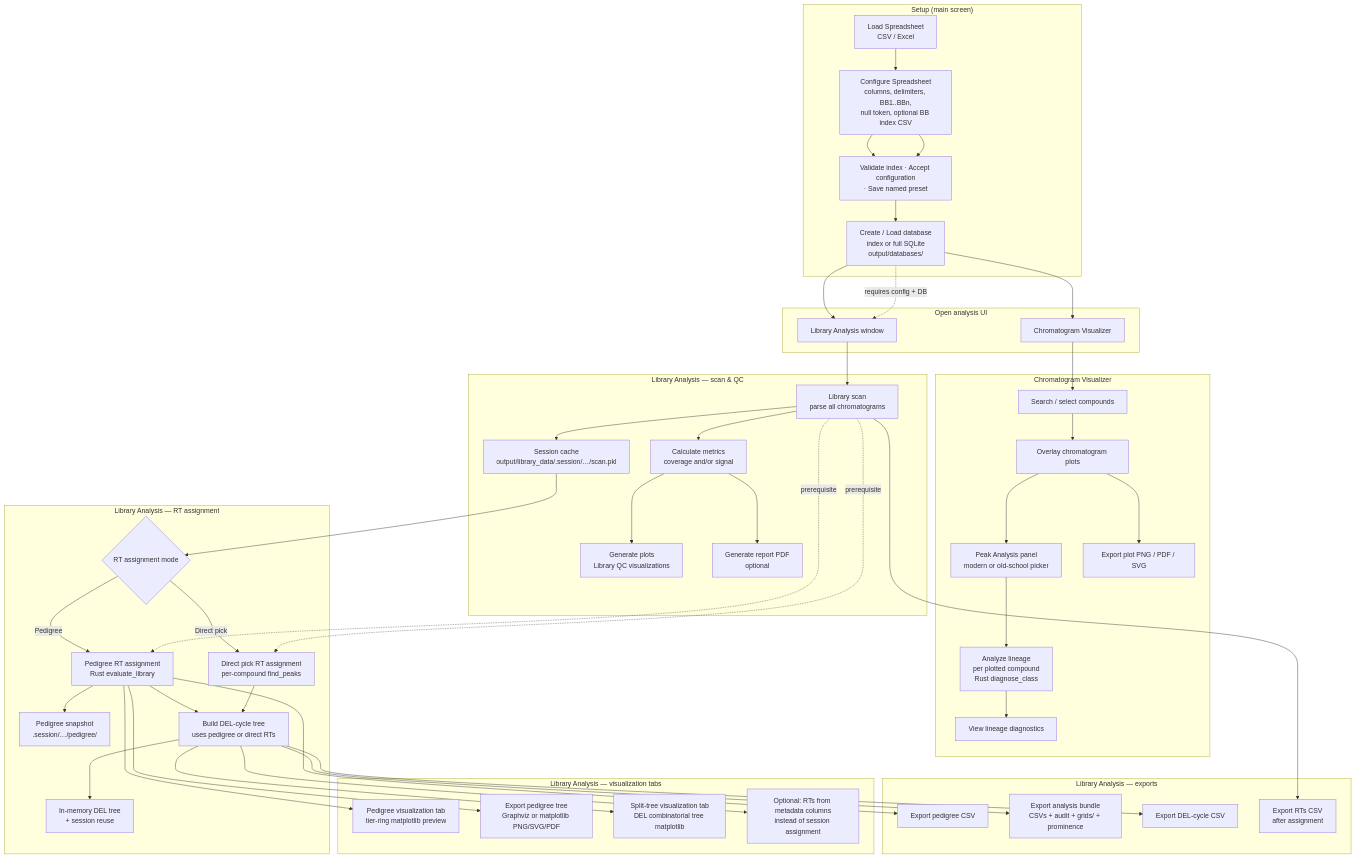
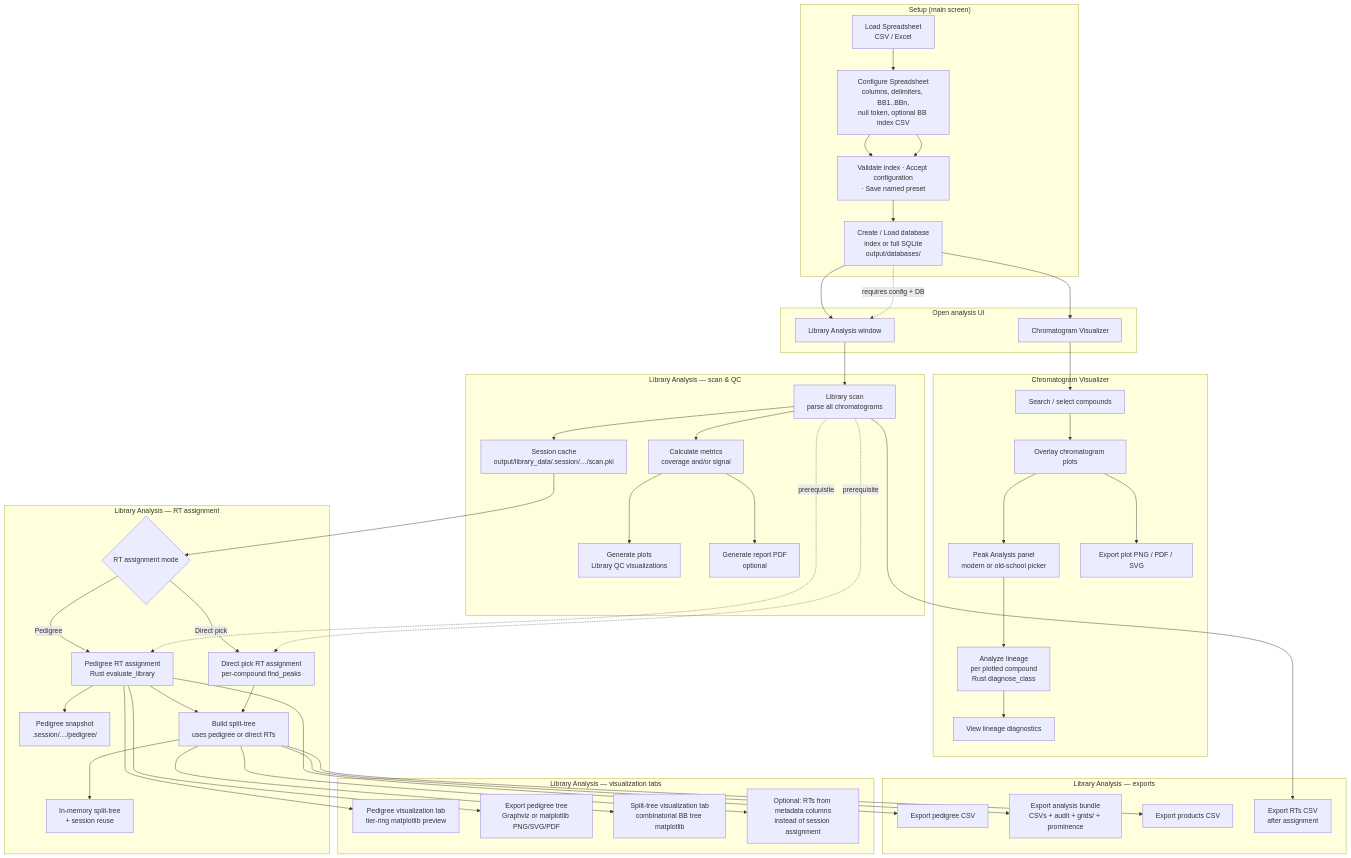
One commit to brodohfasho/LC-Seq changed the first of 3 diagrams in docs/APPLICATION_WORKFLOW.md. Above: the diagram before and after it, drawn with Mermaid. The commit also changed other lines of this file and 64 other files, not shown here.

````diff
--- a/docs/APPLICATION_WORKFLOW.md
+++ b/docs/APPLICATION_WORKFLOW.md
@@ -21,62 +23,62 @@
 ```mermaid
 flowchart TB
   subgraph setup ["Setup (main screen)"]
     LS["Load Spreadsheet<br>CSV / Excel"]
     CS["Configure Spreadsheet<br>columns, delimiters, BB1..BBn,<br>null token, optional BB index CSV"]
     CS --> CSaccept["Validate index · Accept configuration<br>· Save named preset"]
     DB["Create / Load database<br>index or full SQLite<br>output/databases/"]
     LS --> CS
     CS --> CSaccept
     CSaccept --> DB
   end
 
   subgraph entry ["Open analysis UI"]
     DB --> VIZ["Chromatogram Visualizer"]
     DB --> LIB["Library Analysis window"]
   end
 
   subgraph viz ["Chromatogram Visualizer"]
     VIZ --> Vsearch["Search / select compounds"]
     Vsearch --> Vplot["Overlay chromatogram plots"]
     Vplot --> Vpeak["Peak Analysis panel<br>modern or old-school picker"]
     Vpeak --> Vlineage["Analyze lineage<br>per plotted compound<br>Rust diagnose_class"]
     Vlineage --> Vlineview["View lineage diagnostics"]
     Vplot --> Vexport["Export plot PNG / PDF / SVG"]
   end
 
   subgraph libscan ["Library Analysis — scan & QC"]
     LIB --> SCAN["Library scan<br>parse all chromatograms"]
     SCAN --> SCANcache["Session cache<br>output/library_data/.session/…/scan.pkl"]
     SCAN --> MET["Calculate metrics<br>coverage and/or signal"]
     MET --> PLOTS["Generate plots<br>Library QC visualizations"]
     MET --> RPT["Generate report PDF<br>optional"]
   end
 
   subgraph rt ["Library Analysis — RT assignment"]
     SCANcache --> RTmode{"RT assignment mode"}
     RTmode -->|Pedigree| PEDRUN["Pedigree RT assignment<br>Rust evaluate_library"]
     RTmode -->|Direct pick| DIRRUN["Direct pick RT assignment<br>per-compound find_peaks"]
     PEDRUN --> PEDcache["Pedigree snapshot<br>.session/…/pedigree/"]
-    PEDRUN --> DELbuild["Build DEL-cycle tree<br>uses pedigree or direct RTs"]
+    PEDRUN --> DELbuild["Build split-tree<br>uses pedigree or direct RTs"]
     DIRRUN --> DELbuild
-    DELbuild --> DELcache["In-memory DEL tree<br>+ session reuse"]
+    DELbuild --> DELcache["In-memory split-tree<br>+ session reuse"]
   end
 
   subgraph libviz ["Library Analysis — visualization tabs"]
     PEDRUN --> PEDviz["Pedigree visualization tab<br>tier-ring matplotlib preview"]
     PEDRUN --> PEDtree["Export pedigree tree<br>Graphviz or matplotlib PNG/SVG/PDF"]
-    DELbuild --> STviz["Split-tree visualization tab<br>DEL combinatorial tree matplotlib"]
+    DELbuild --> STviz["Split-tree visualization tab<br>combinatorial BB tree matplotlib"]
     DELbuild --> STmeta["Optional: RTs from metadata columns<br>instead of session assignment"]
   end
 
   subgraph export ["Library Analysis — exports"]
     PEDRUN --> PEDcsv["Export pedigree CSV"]
     DELbuild --> BUNDLE["Export analysis bundle<br>CSVs + audit + grids/ + prominence"]
-    DELbuild --> DELcsv["Export DEL-cycle CSV"]
+    DELbuild --> DELcsv["Export products CSV"]
     SCAN --> RTcsv["Export RTs CSV<br>after assignment"]
   end
 
   DB -.->|requires config + DB| LIB
   SCAN -.->|prerequisite| PEDRUN
   SCAN -.->|prerequisite| DIRRUN
 ```
````
